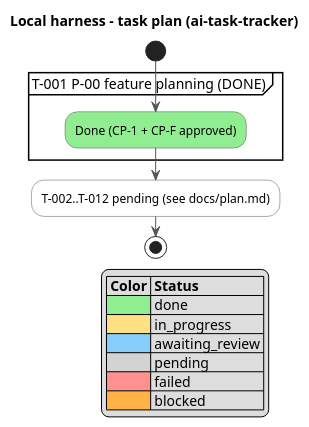
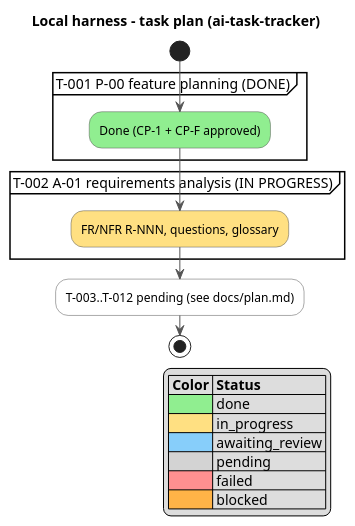
Before and after one commit to serge-sasov/ai-task-tracker: the diagram in docs/activity.puml, drawn with PlantUML. The commit also changed 3 other files, not shown here.

Commit message:
T-002: started (A-01 requirements analysis)

```diff
--- a/docs/activity.puml
+++ b/docs/activity.puml
@@ -1,24 +1,27 @@
 @startuml
 skinparam defaultFontName Segoe UI
 skinparam ActivityBackgroundColor #FFFFFF
 skinparam ActivityBorderColor #555555
 skinparam ArrowColor #555555
 title Local harness - task plan (ai-task-tracker)
 
 start
 partition "T-001 P-00 feature planning (DONE)" {
   #90EE90:Done (CP-1 + CP-F approved);
 }
-:T-002..T-012 pending (see docs/plan.md);
+partition "T-002 A-01 requirements analysis (IN PROGRESS)" {
+  #FFE082:FR/NFR R-NNN, questions, glossary;
+}
+:T-003..T-012 pending (see docs/plan.md);
 stop
 
 legend right
  |= Color |= Status |
  |<#90EE90>| done |
  |<#FFE082>| in_progress |
  |<#87CEFA>| awaiting_review |
  |<#D3D3D3>| pending |
  |<#FF9090>| failed |
  |<#FFB347>| blocked |
 endlegend
 @enduml
```
